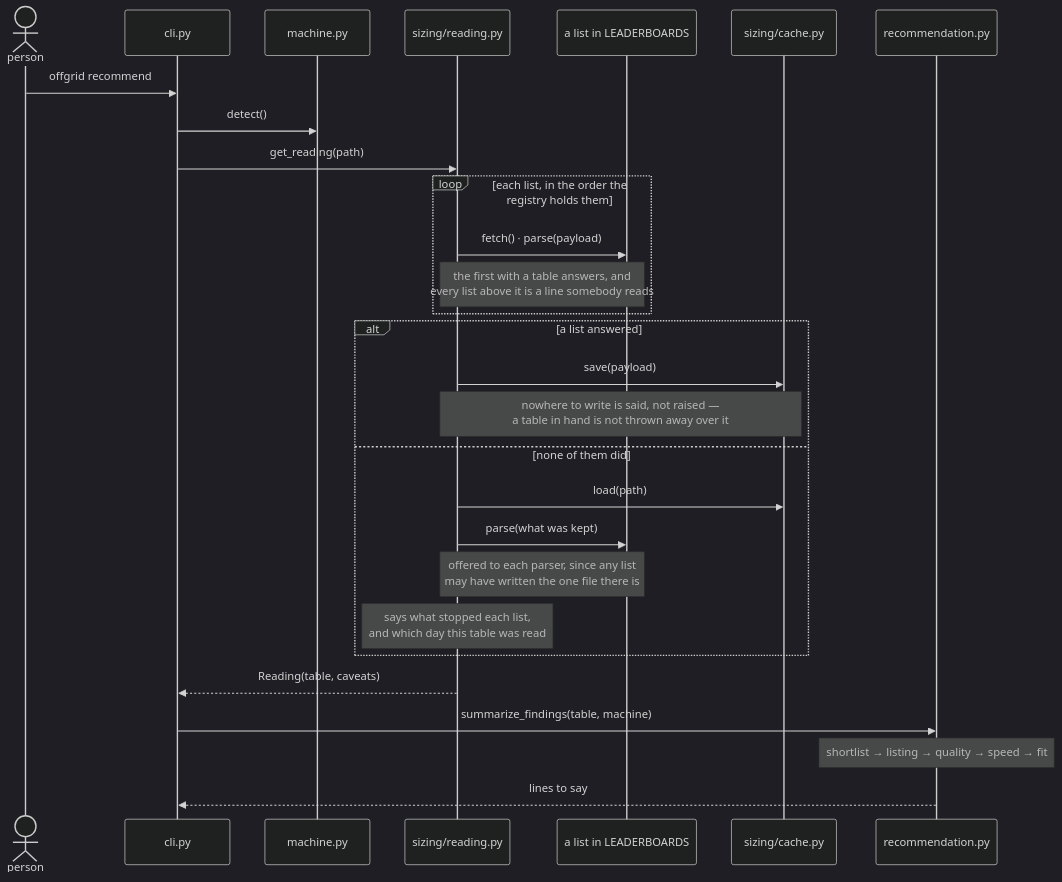
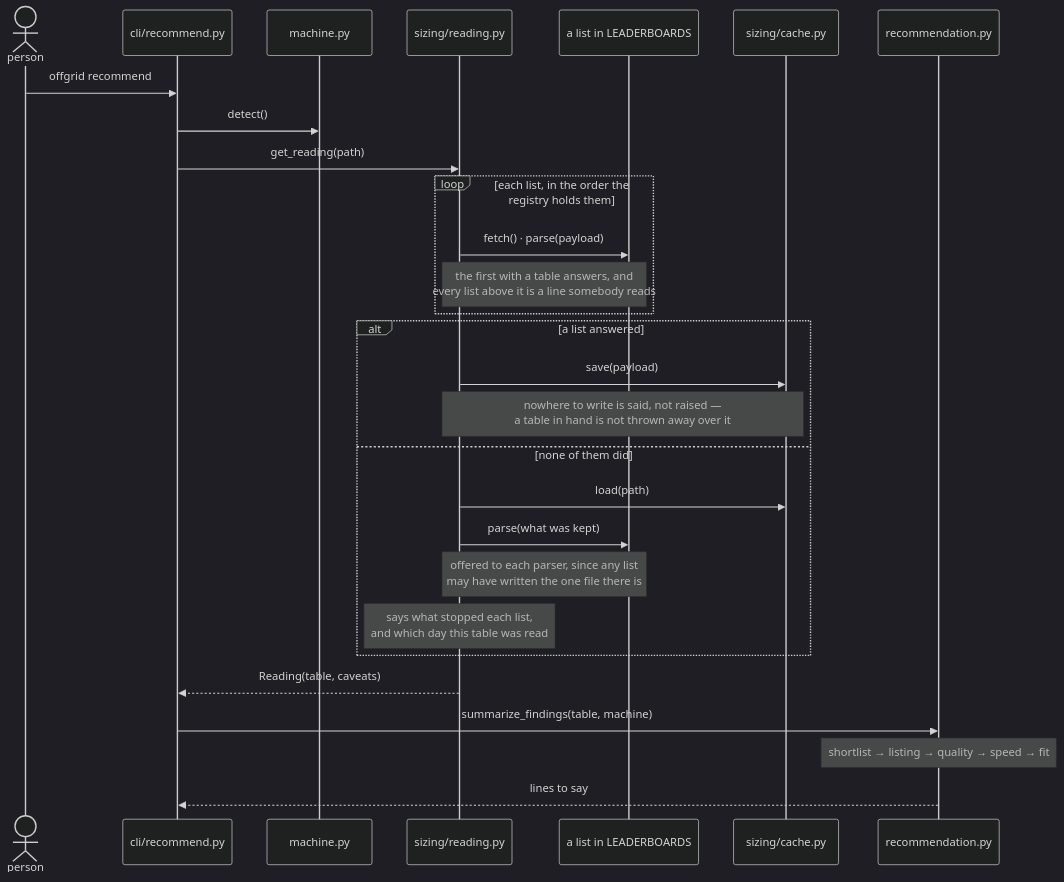
The third of 3 diagrams in docs/architecture.md (pvardanis/offgrid), drawn with Mermaid (dark theme) before and after one commit. The commit also changed other lines of this file and 17 other files, not shown here.

````diff
--- a/docs/architecture.md
+++ b/docs/architecture.md
@@ -297,31 +302,31 @@
 ```mermaid
 sequenceDiagram
     actor P as person
-    participant C as cli.py
+    participant C as cli/recommend.py
     participant M as machine.py
     participant G as sizing/reading.py
     participant O as a list in LEADERBOARDS
     participant K as sizing/cache.py
     participant S as recommendation.py
 
     P->>C: offgrid recommend
     C->>M: detect()
     C->>G: get_reading(path)
     loop each list, in the order the registry holds them
         G->>O: fetch() · parse(payload)
         Note over G,O: the first with a table answers, and<br/>every list above it is a line somebody reads
     end
     alt a list answered
         G->>K: save(payload)
         Note over G,K: nowhere to write is said, not raised —<br/>a table in hand is not thrown away over it
     else none of them did
         G->>K: load(path)
         G->>O: parse(what was kept)
         Note over G,O: offered to each parser, since any list<br/>may have written the one file there is
         Note over G: says what stopped each list,<br/>and which day this table was read
     end
     G-->>C: Reading(table, caveats)
     C->>S: summarize_findings(table, machine)
     Note over S: shortlist → listing → quality → speed → fit
     S-->>C: lines to say
 ```
````
